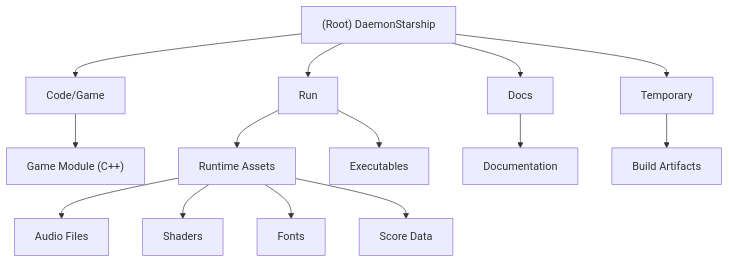
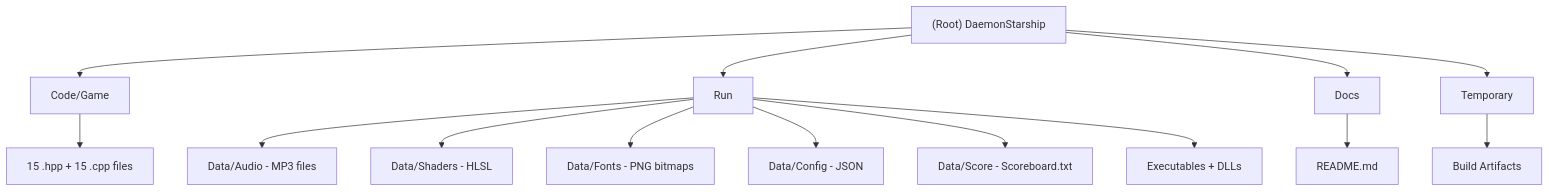
The diagram in CLAUDE.md (dadavidtseng/DaemonStarship), drawn with Mermaid before and after one commit. The commit also changed other lines of this file and 1 other file, not shown here.

First line of the commit message:
docs: update AI context documentation with accurate project analysis

````diff
--- a/CLAUDE.md
+++ b/CLAUDE.md
@@ -26,20 +35,19 @@
 ```mermaid
 graph TD
-    A["(Root) DaemonStarship"] --> B["Code/Game"];
-    A --> C["Run"];
-    A --> D["Docs"];
-    A --> E["Temporary"];
+    A["(Root) DaemonStarship"] --> B["Code/Game"]
+    A --> C["Run"]
+    A --> D["Docs"]
+    A --> E["Temporary"]
 
-    B --> F["Game Module (C++)"];
-    C --> G["Runtime Assets"];
-    C --> H["Executables"];
-    D --> I["Documentation"];
-    E --> J["Build Artifacts"];
-
-    G --> K["Audio Files"];
-    G --> L["Shaders"];
-    G --> M["Fonts"];
-    G --> N["Score Data"];
+    B --> F["15 .hpp + 15 .cpp files"]
+    C --> G["Data/Audio - MP3 files"]
+    C --> H["Data/Shaders - HLSL"]
+    C --> I["Data/Fonts - PNG bitmaps"]
+    C --> J["Data/Config - JSON"]
+    C --> K["Data/Score - Scoreboard.txt"]
+    C --> L["Executables + DLLs"]
+    D --> M["README.md"]
+    E --> N["Build Artifacts"]
 
     click F "./Code/Game/CLAUDE.md" "View Game module documentation"
 ```
````
